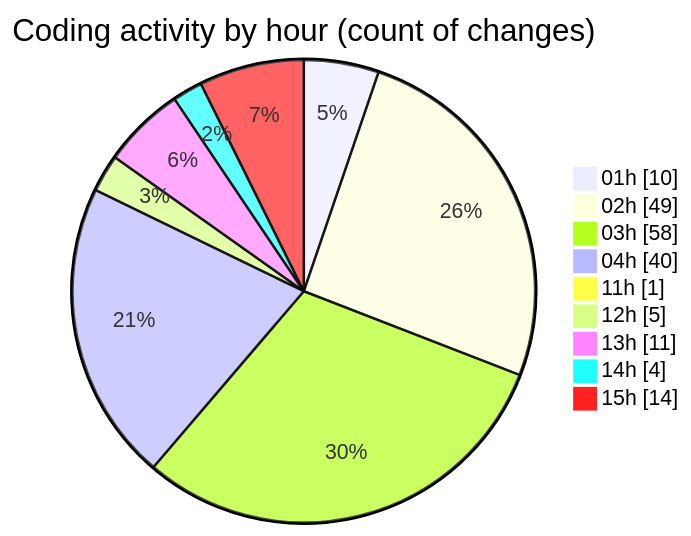
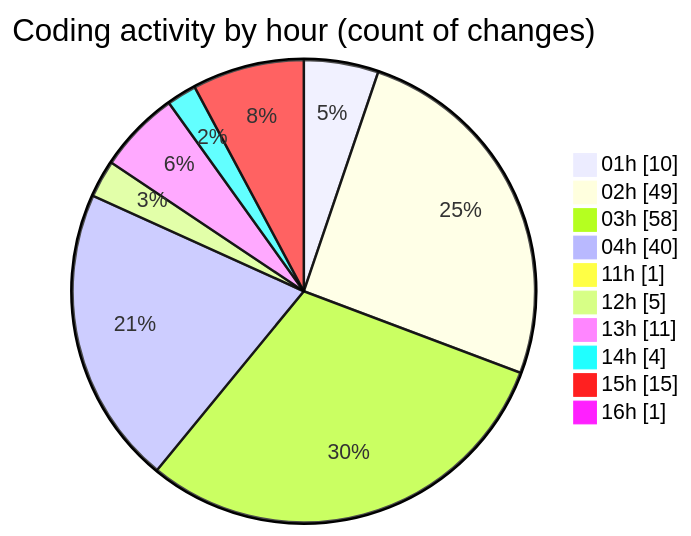
One commit to julien-gomy/code-tracking changed the second of 2 diagrams in 2025-11-21/eventscop-frontend-guide__workspace_/README.md. Above: the diagram before and after it, drawn with Mermaid. The commit also changed other lines of this file and 1 other file, not shown here.

````diff
--- a/2025-11-21/eventscop-frontend-guide__workspace_/README.md
+++ b/2025-11-21/eventscop-frontend-guide__workspace_/README.md
@@ -75,13 +75,14 @@
 ```mermaid
 pie showData
 title Coding activity by hour (count of changes)
 "01h" : 10
 "02h" : 49
 "03h" : 58
 "04h" : 40
 "11h" : 1
 "12h" : 5
 "13h" : 11
 "14h" : 4
-"15h" : 14
+"15h" : 15
+"16h" : 1
 ```
````
